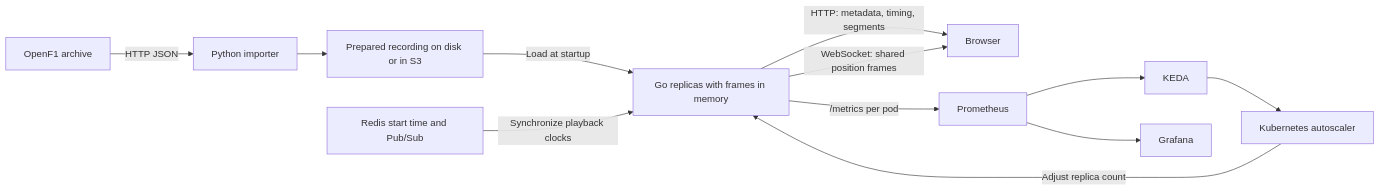
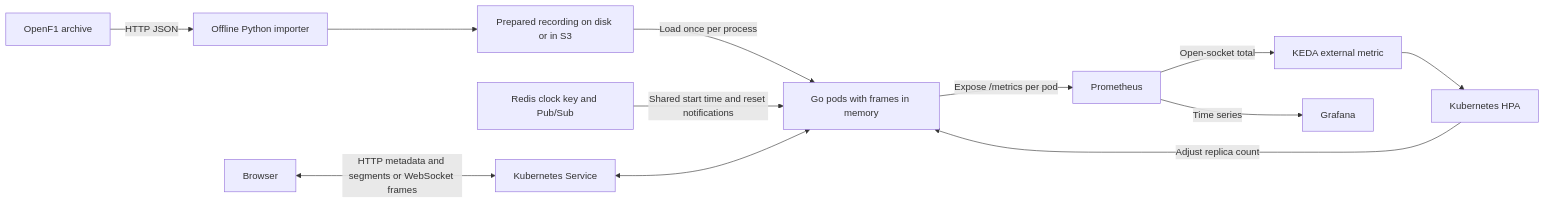
One commit to auscodes/f1-race-replay changed the first of 2 diagrams in docs/learning/README.md. Above: the diagram before and after it, drawn with Mermaid. The commit also changed other lines of this file, not shown here.

Commit message:
Explain F1 replay architecture and engineering trade-offs

````diff
--- a/docs/learning/README.md
+++ b/docs/learning/README.md
@@ -9,14 +12,14 @@
 ```mermaid
 flowchart LR
-    Source["OpenF1 archive"] -->|"HTTP JSON"| Import["Python importer"]
-    Import --> File["Prepared recording on disk or in S3"]
-    File -->|"Load at startup"| Go["Go replicas with frames in memory"]
-    Redis["Redis start time and Pub/Sub"] -->|"Synchronize playback clocks"| Go
-    Go -->|"HTTP: metadata, timing, segments"| Browser["Browser"]
-    Go -->|"WebSocket: shared position frames"| Browser
-    Go -->|"/metrics per pod"| Prom["Prometheus"]
-    Prom --> KEDA["KEDA"]
-    KEDA --> HPA["Kubernetes autoscaler"]
+    OpenF1["OpenF1 archive"] -->|"HTTP JSON"| Python["Offline Python importer"]
+    Python --> Recording["Prepared recording on disk or in S3"]
+    Recording -->|"Load once per process"| Go["Go pods with frames in memory"]
+    Redis["Redis clock key and Pub/Sub"] -->|"Shared start time and reset notifications"| Go
+    Browser["Browser"] <-->|"HTTP metadata and segments or WebSocket frames"| Service["Kubernetes Service"]
+    Service <--> Go
+    Go -->|"Expose /metrics per pod"| Prom["Prometheus"]
+    Prom -->|"Open-socket total"| KEDA["KEDA external metric"]
+    KEDA --> HPA["Kubernetes HPA"]
     HPA -->|"Adjust replica count"| Go
-    Prom --> Grafana["Grafana"]
+    Prom -->|"Time series"| Grafana["Grafana"]
 ```
````
